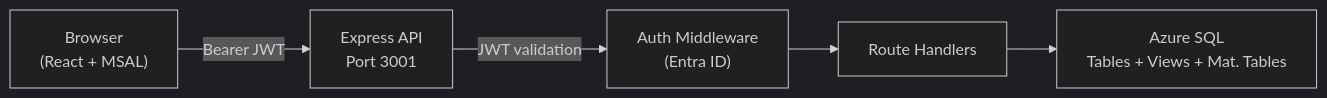
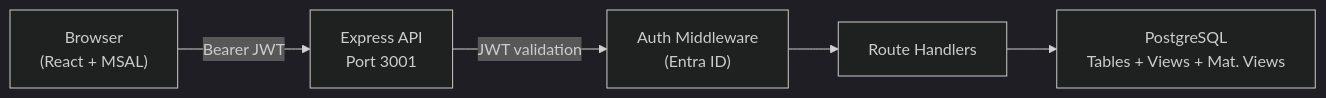
Before and after one commit to Fortigi/IdentityAtlas: the diagram in docs/api/index.md, drawn with Mermaid (dark theme). The commit also changed other lines of this file and 5 other files, not shown here.

First line of the commit message:
docs: fix doc drift — PostgreSQL, real endpoints, history shape, version label (audit D3/D6/D7/D10/D12)

````diff
--- a/docs/api/index.md
+++ b/docs/api/index.md
@@ -9,7 +9,7 @@
 ```mermaid
 flowchart LR
     Browser["Browser\n(React + MSAL)"] -->|"Bearer JWT"| API["Express API\nPort 3001"]
     API -->|JWT validation| Auth["Auth Middleware\n(Entra ID)"]
     Auth --> Routes["Route Handlers"]
-    Routes --> SQL["Azure SQL\nTables + Views + Mat. Tables"]
+    Routes --> SQL["PostgreSQL\nTables + Views + Mat. Views"]
 ```
````
